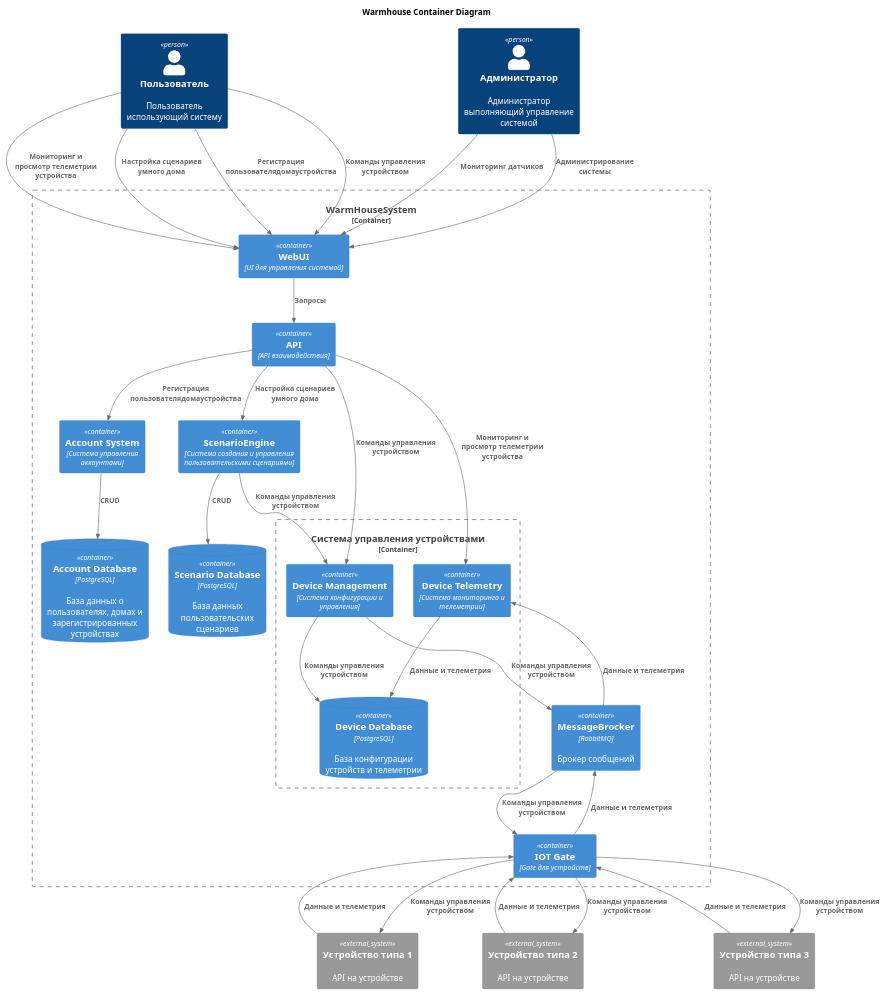
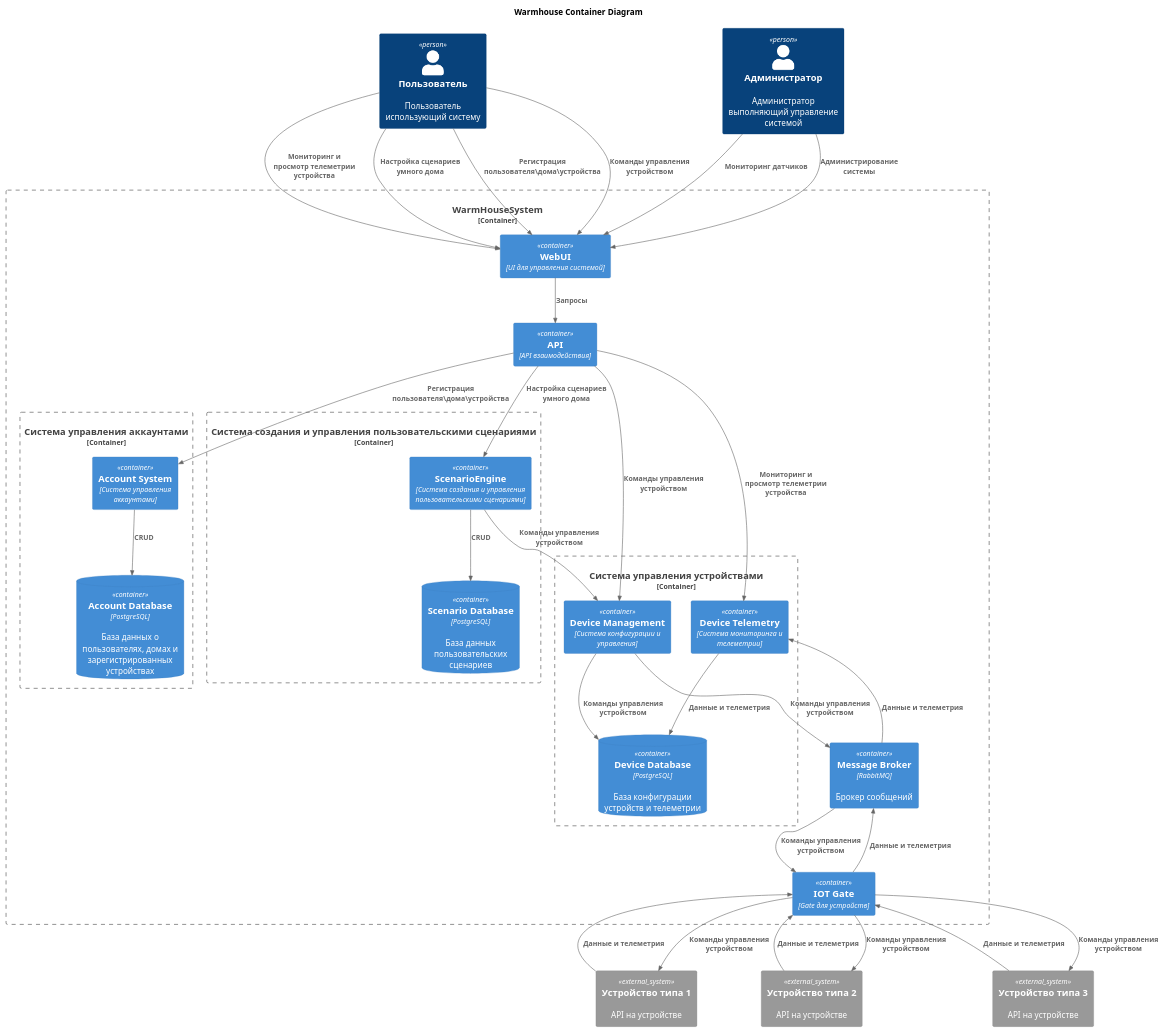
The second of 4 diagrams in README.md (MasterKhajiit/architecture-warmhouse-1), drawn with PlantUML before and after one commit. The commit also changed other lines of this file, not shown here.

````diff
--- a/README.md
+++ b/README.md
@@ -76,5 +76,4 @@
 ```plantuml
-
 @startuml
 title Warmhouse Container Diagram
 
@@ -83,61 +82,78 @@
 Person(user, "Пользователь", "Пользователь использующий систему")
 Person(admin, "Администратор", "Администратор выполняющий управление системой")
 
+'Внешние устройства умного дома
+System_Ext(sensor1, "Устройство типа 1", "API на устройстве")
+System_Ext(sensor2, "Устройство типа 2", "API на устройстве")
+System_Ext(sensor3, "Устройство типа 3", "API на устройстве")
+
 Container_Boundary(WarmHouseSystem, "WarmHouseSystem") {
     Container(WebUI, "WebUI", "UI для управления системой")
     Container(APIGate, "API", "API взаимодействия")
     Container(IOTGate, "IOT Gate", "Gate для устройств")
 
-    Container(AccountMGM, "Account System", "Система управления аккаунтами")
-    ContainerDb(AccountDb, "Account Database", "PostgreSQL", "База данных о пользователях, домах и зарегистрированных устройствах")
+    'Функционал работы с учетными данными Пользователей, Домов, Устройств
+    Container_Boundary(AccountMGM, "Система управления аккаунтами"){
+        Container(AccountCore, "Account System", "Система управления аккаунтами")
+        ContainerDb(AccountDb, "Account Database", "PostgreSQL", "База данных о пользователях, домах и зарегистрированных устройствах")
+    }
 
-    Container(ScenarioEngine, "ScenarioEngine", "Система создания и управления пользовательскими сценариями")
-    ContainerDb(ScenarioDb, "Scenario Database", "PostgreSQL", "База данных пользовательских сценариев")
+    'Функционал работы с пользовательскими сценариями умного дома
+    Container_Boundary(ScenarioMGM, "Система создания и управления пользовательскими сценариями"){
+        Container(ScenarioEngine, "ScenarioEngine", "Система создания и управления пользовательскими сценариями")
+        ContainerDb(ScenarioDb, "Scenario Database", "PostgreSQL", "База данных пользовательских сценариев")
+    }
 
+    'Функционал работы с устройствами умного дома
     Container_Boundary(DeviceMGM, "Система управления устройствами") {
         Container(Management, "Device Management", "Система конфигурации и управления")
         Container(Telemetry, "Device Telemetry", "Система мониторинга и телеметрии")
         ContainerDb(DeviceDb, "Device Database", "PostgreSQL", "База конфигурации устройств и телеметрии")
     }
-    Container(MessageBrocker, "MessageBrocker", "RabbitMQ",  "Брокер сообщений")
+    Container(MessageBroker, "Message Broker", "RabbitMQ",  "Брокер сообщений")
 }
 
-System_Ext(sensor1, "Устройство типа 1", "API на устройстве")
-System_Ext(sensor2, "Устройство типа 2", "API на устройстве")
-System_Ext(sensor3, "Устройство типа 3", "API на устройстве")
-
-Rel(user, WebUI, "Регистрация пользователядомаустройства")
+'Взаимодействие пользователя и Web UI системы
+Rel(user, WebUI, "Регистрация пользователя\дома\устройства")
 Rel(user, WebUI, "Команды управления устройством")
 Rel(user, WebUI, "Мониторинг и просмотр телеметрии устройства")
 Rel(user, WebUI, "Настройка сценариев умного дома")
 
+'Взаимодействие администратора и Web UI системы
 Rel(admin, WebUI, "Мониторинг датчиков")
 Rel(admin, WebUI, "Администрирование системы")
 
+'Передача запросов пользователя и администратора для маршрутизации через API-Gate
 Rel(WebUI, APIGate, "Запросы")
 
-Rel(APIGate, AccountMGM, "Регистрация пользователядомаустройства")
-Rel(AccountMGM, AccountDb, "CRUD")
+'Маршрутизация запросов через API-Gate:
+'1. Маршрутизация запросов работы с учетными данными Пользователей, Домов, Устройств
+Rel(APIGate, AccountCore, "Регистрация пользователя\дома\устройства")
+Rel(AccountCore, AccountDb, "CRUD")
 
+'2. Маршрутизация запросов работы с пользовательскими сценариями умного дома
 Rel(APIGate, ScenarioEngine, "Настройка сценариев умного дома")
 Rel(ScenarioEngine, ScenarioDb, "CRUD")
 Rel(ScenarioEngine, Management, "Команды управления устройством")
 
+'3. Маршрутизация запросов работы с устройствами умного дома
 Rel(APIGate, Management, "Команды управления устройством")
 Rel(Management, DeviceDb, "Команды управления устройством")
-Rel(Management, MessageBrocker, "Команды управления устройством")
-
+Rel(Management, MessageBroker, "Команды управления устройством")
 Rel(APIGate, Telemetry, "Мониторинг и просмотр телеметрии устройства")
-Rel(MessageBrocker, Telemetry, "Данные и телеметрия")
+Rel(MessageBroker, Telemetry, "Данные и телеметрия")
 Rel(Telemetry, DeviceDb, "Данные и телеметрия")
 
-Rel(MessageBrocker, IOTGate, "Команды управления устройством")
-Rel(IOTGate, MessageBrocker, "Данные и телеметрия")
+'Передача запросов работы с устройствами умного дома для маршрутизации через IOT-Gate и получение данных и телеметрии с устройств умного дома
+Rel(MessageBroker, IOTGate, "Команды управления устройством")
+Rel(IOTGate, MessageBroker, "Данные и телеметрия")
 
+'Маршрутизация запросов работы с устройствами умного дома
 Rel(IOTGate, sensor1, "Команды управления устройством")
 Rel(IOTGate, sensor2, "Команды управления устройством")
 Rel(IOTGate, sensor3, "Команды управления устройством")
 
+'Передача данных и телеметрии с устройств умного дома
 Rel(sensor1, IOTGate, "Данные и телеметрия")
 Rel(sensor2, IOTGate, "Данные и телеметрия")
 Rel(sensor3, IOTGate, "Данные и телеметрия")
````
